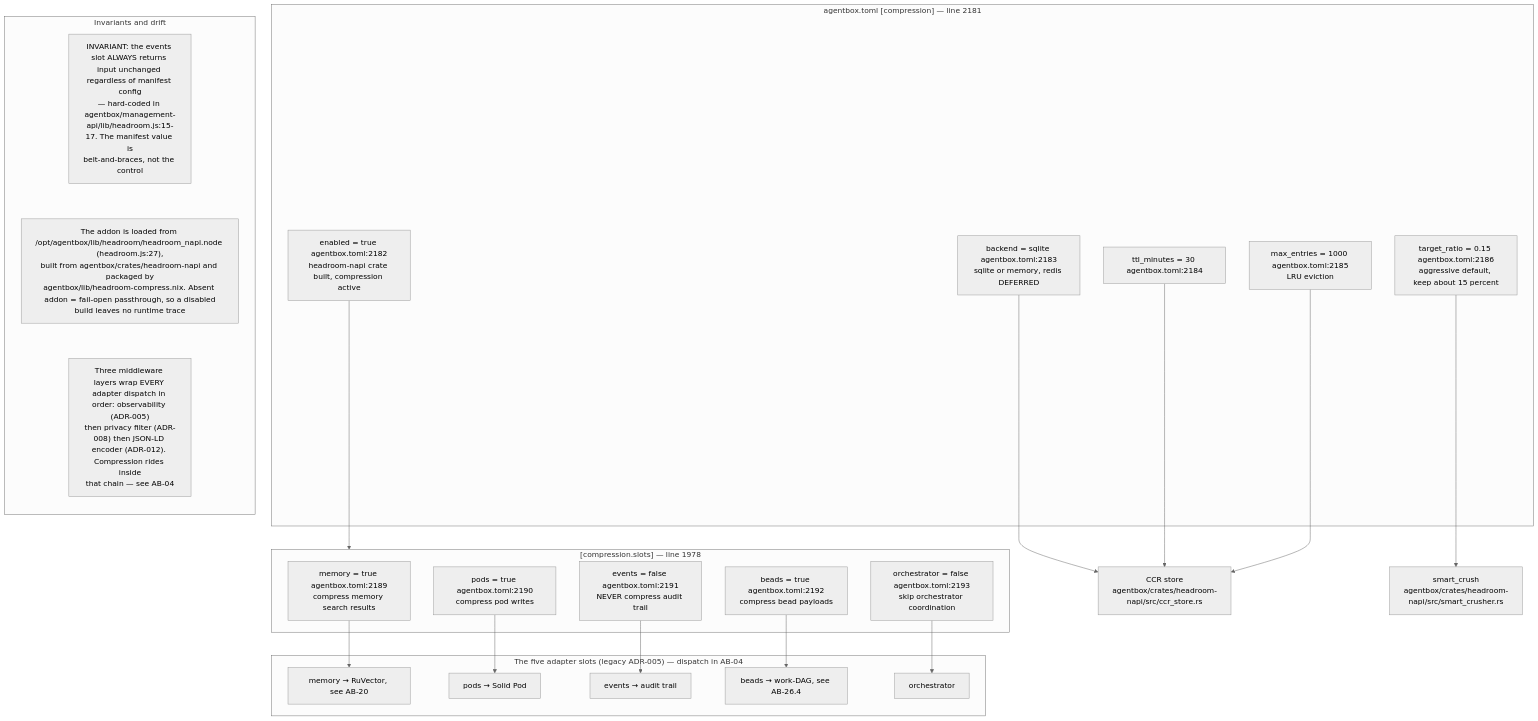
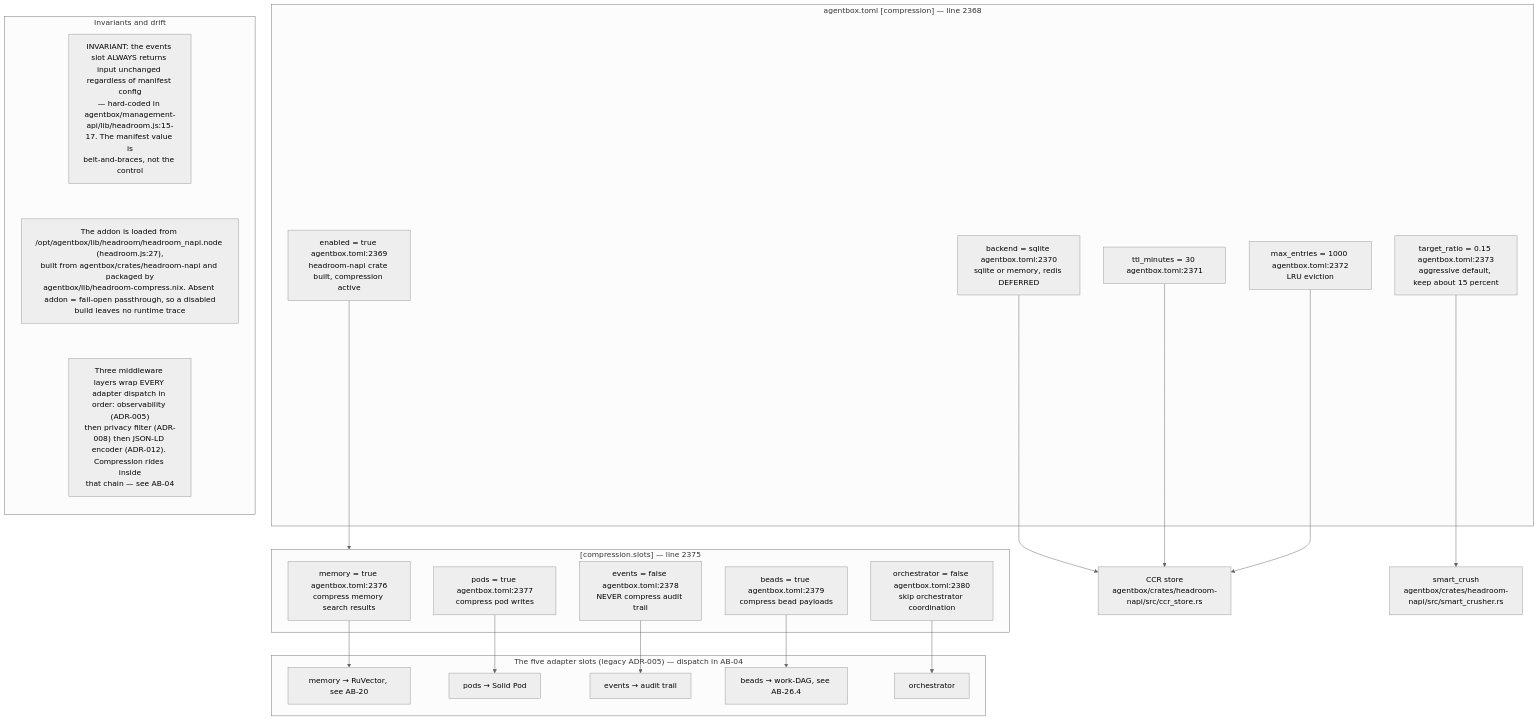
One commit to DreamLab-AI/VisionFlow changed the ninth of 9 diagrams in docs/diagrams/agentbox/26-headroom-beads-spawn-brain.md. Above: the diagram before and after it, drawn with Mermaid (neutral theme). The commit also changed other lines of this file and 80 other files, not shown here.

First line of the commit message:
docs(diagrams): re-verify the agentbox, dreamlab, estate and visionflow corpus against current sources

````diff
--- a/docs/diagrams/agentbox/26-headroom-beads-spawn-brain.md
+++ b/docs/diagrams/agentbox/26-headroom-beads-spawn-brain.md
@@ -364,41 +364,41 @@
 ```mermaid
 flowchart TB
-    subgraph man["agentbox.toml [compression] — line 2181"]
-        E["enabled = true agentbox.toml:2182<br/>headroom-napi crate built, compression active"]
-        B["backend = sqlite agentbox.toml:2183<br/>sqlite or memory, redis DEFERRED"]
-        T["ttl_minutes = 30 agentbox.toml:2184"]
-        M["max_entries = 1000 agentbox.toml:2185<br/>LRU eviction"]
-        R["target_ratio = 0.15 agentbox.toml:2186<br/>aggressive default, keep about 15 percent"]
+    subgraph man["agentbox.toml [compression] — line 2368"]
+        E["enabled = true agentbox.toml:2369<br/>headroom-napi crate built, compression active"]
+        B["backend = sqlite agentbox.toml:2370<br/>sqlite or memory, redis DEFERRED"]
+        T["ttl_minutes = 30 agentbox.toml:2371"]
+        M["max_entries = 1000 agentbox.toml:2372<br/>LRU eviction"]
+        R["target_ratio = 0.15 agentbox.toml:2373<br/>aggressive default, keep about 15 percent"]
     end
-    subgraph slots["[compression.slots] — line 1978"]
-        S1["memory = true agentbox.toml:2189<br/>compress memory search results"]
-        S2["pods = true agentbox.toml:2190<br/>compress pod writes"]
-        S3["events = false agentbox.toml:2191<br/>NEVER compress audit trail"]
-        S4["beads = true agentbox.toml:2192<br/>compress bead payloads"]
-        S5["orchestrator = false agentbox.toml:2193<br/>skip orchestrator coordination"]
+    subgraph slots["[compression.slots] — line 2375"]
+        S1["memory = true agentbox.toml:2376<br/>compress memory search results"]
+        S2["pods = true agentbox.toml:2377<br/>compress pod writes"]
+        S3["events = false agentbox.toml:2378<br/>NEVER compress audit trail"]
+        S4["beads = true agentbox.toml:2379<br/>compress bead payloads"]
+        S5["orchestrator = false agentbox.toml:2380<br/>skip orchestrator coordination"]
     end
     subgraph adapters["The five adapter slots (legacy ADR-005) — dispatch in AB-04"]
         A1["memory → RuVector, see AB-20"]
         A2["pods → Solid Pod"]
         A3["events → audit trail"]
         A4["beads → work-DAG, see AB-26.4"]
         A5["orchestrator"]
     end
     E --> slots
     S1 --> A1
     S2 --> A2
     S3 --> A3
     S4 --> A4
     S5 --> A5
     B --> CCR["CCR store<br/>agentbox/crates/headroom-napi/src/ccr_store.rs"]
     T --> CCR
     M --> CCR
     R --> SC["smart_crush<br/>agentbox/crates/headroom-napi/src/smart_crusher.rs"]
     subgraph notes["Invariants and drift"]
         direction TB
         N1["INVARIANT: the events slot ALWAYS returns input unchanged regardless of manifest config<br/>— hard-coded in agentbox/management-api/lib/headroom.js:15-17. The manifest value is<br/>belt-and-braces, not the control"]
         N2["The addon is loaded from /opt/agentbox/lib/headroom/headroom_napi.node (headroom.js:27),<br/>built from agentbox/crates/headroom-napi and packaged by<br/>agentbox/lib/headroom-compress.nix. Absent addon = fail-open passthrough, so a disabled<br/>build leaves no runtime trace"]
         N3["Three middleware layers wrap EVERY adapter dispatch in order: observability (ADR-005)<br/>then privacy filter (ADR-008) then JSON-LD encoder (ADR-012). Compression rides inside<br/>that chain — see AB-04"]
         N1 ~~~ N2 ~~~ N3
     end
 ```
````
